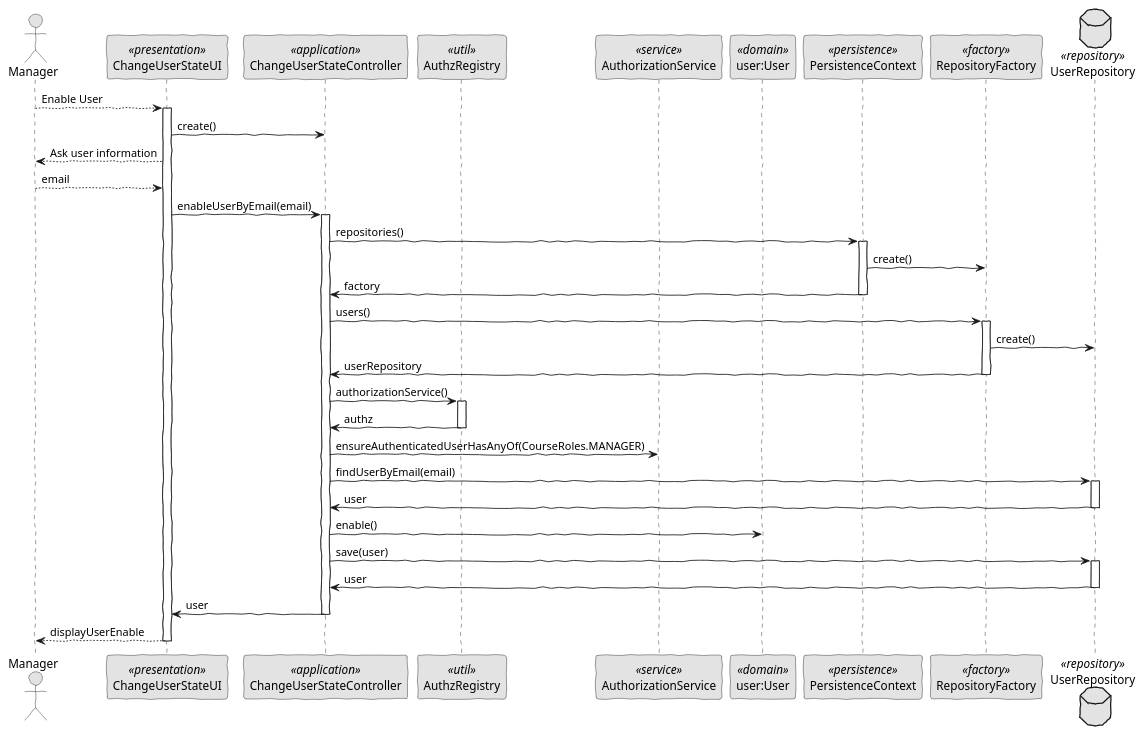
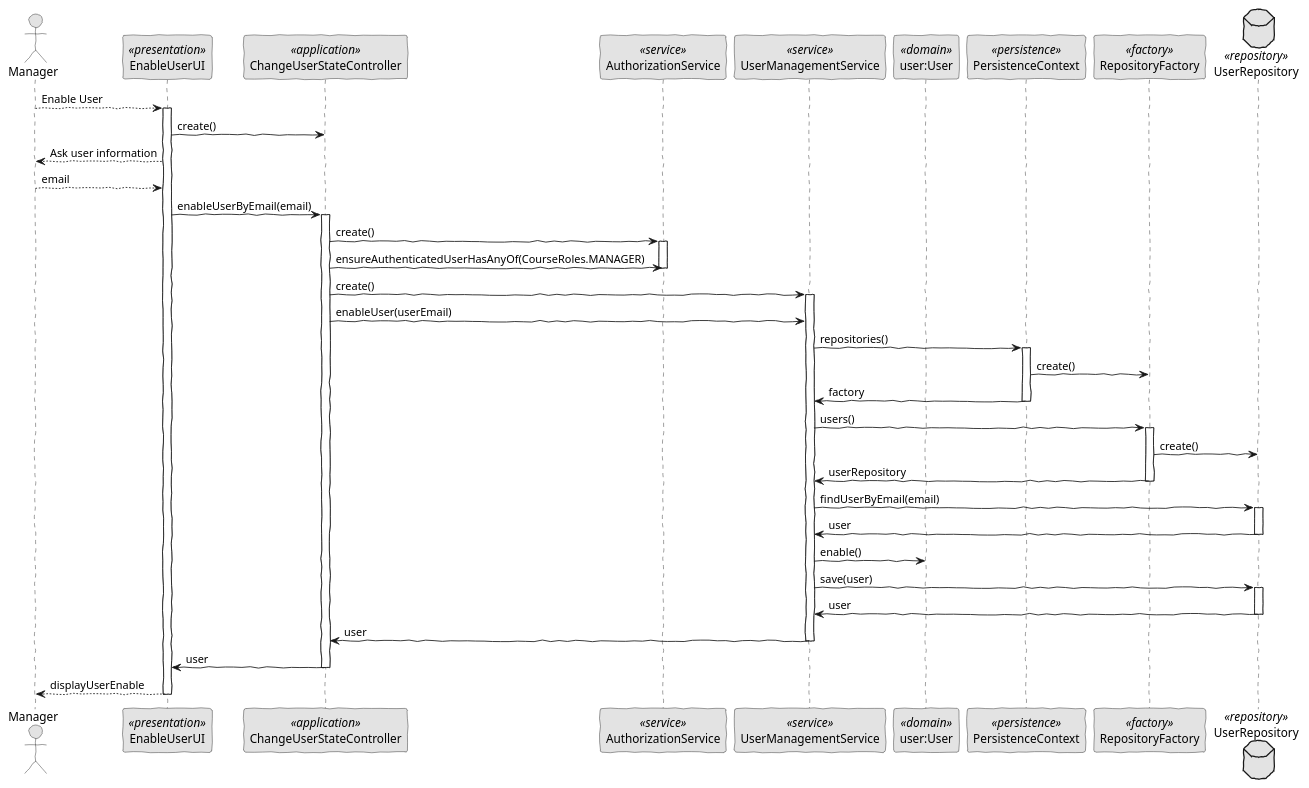
One commit to brunacosta03/sem4pi_22_23 changed the diagram in docs/SPRINT B/US_1001/SD/ChangeUsersState-Enable-SD.puml. Above: the diagram before and after it, drawn with PlantUML. The commit also changed 31 other files, not shown here.

```diff
--- a/docs/SPRINT B/US_1001/SD/ChangeUsersState-Enable-SD.puml
+++ b/docs/SPRINT B/US_1001/SD/ChangeUsersState-Enable-SD.puml
@@ -1,68 +1,71 @@
 @startuml
 'http://plantuml.com/skinparam.html
 skinparam handwritten true
 skinparam monochrome true
 skinparam packageStyle rect
 skinparam defaultFontName FG Virgil
 skinparam shadowing false
 
 actor Manager as Actor
-participant ChangeUserStateUI as UI <<presentation>>
+participant EnableUserUI as UI <<presentation>>
 participant ChangeUserStateController as Controller <<application>>
-participant AuthzRegistry as Registry <<util>>
 participant AuthorizationService as AuthzService <<service>>
+participant UserManagementService as Service <<service>>
 participant "user:User" as Domain <<domain>>
 participant PersistenceContext as Persistence <<persistence>>
 participant RepositoryFactory as Factory <<factory>>
 database UserRepository as Repository <<repository>>
 
 
 Actor --> UI: Enable User
 activate UI
     UI -> Controller: create()
     UI --> Actor: Ask user information
 
     Actor --> UI: email
         
     UI -> Controller: enableUserByEmail(email)
     activate Controller
+        Controller -> AuthzService: create()
+        activate AuthzService
+        Controller -> AuthzService: ensureAuthenticatedUserHasAnyOf(CourseRoles.MANAGER)
+        deactivate AuthzService
 
-        Controller -> Persistence: repositories()
+        Controller -> Service: create()
+        activate Service
+        Controller -> Service: enableUser(userEmail)
+
+        Service -> Persistence: repositories()
         activate Persistence
         Persistence -> Factory: create()
-        Persistence -> Controller: factory
+        Persistence -> Service: factory
         deactivate Persistence
 
-        Controller -> Factory: users()
+        Service -> Factory: users()
         activate Factory
         Factory -> Repository: create()
-        Factory -> Controller: userRepository
+        Factory -> Service: userRepository
         deactivate Factory
 
 
-        Controller -> Registry: authorizationService()
-        activate Registry
-        Registry -> Controller: authz
-        deactivate Registry
-
-        Controller -> AuthzService: ensureAuthenticatedUserHasAnyOf(CourseRoles.MANAGER)
-
-
-        Controller -> Repository: findUserByEmail(email)
+        Service -> Repository: findUserByEmail(email)
         activate Repository
-        Repository -> Controller: user
+        Repository -> Service: user
         deactivate Repository
 
-        Controller -> Domain: enable()
+        Service -> Domain: enable()
 
-        Controller -> Repository: save(user)
+        Service -> Repository: save(user)
         activate Repository
-        Repository -> Controller: user
+        Repository -> Service: user
         deactivate Repository
+
+        Service -> Controller: user
+        deactivate Service
 
         Controller -> UI:user
         deactivate Controller
         UI --> Actor: displayUserEnable
 
 deactivate UI
 @enduml
```
